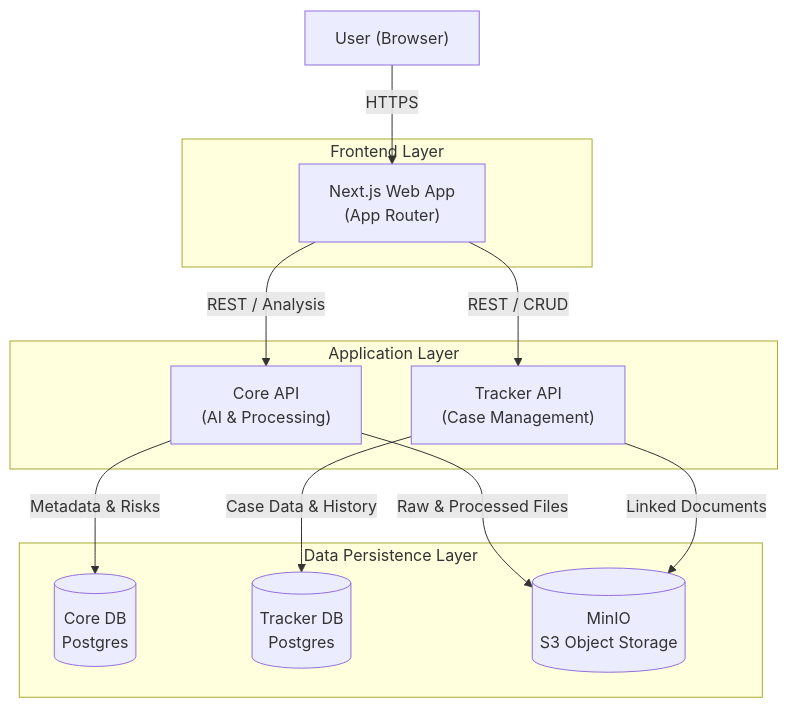
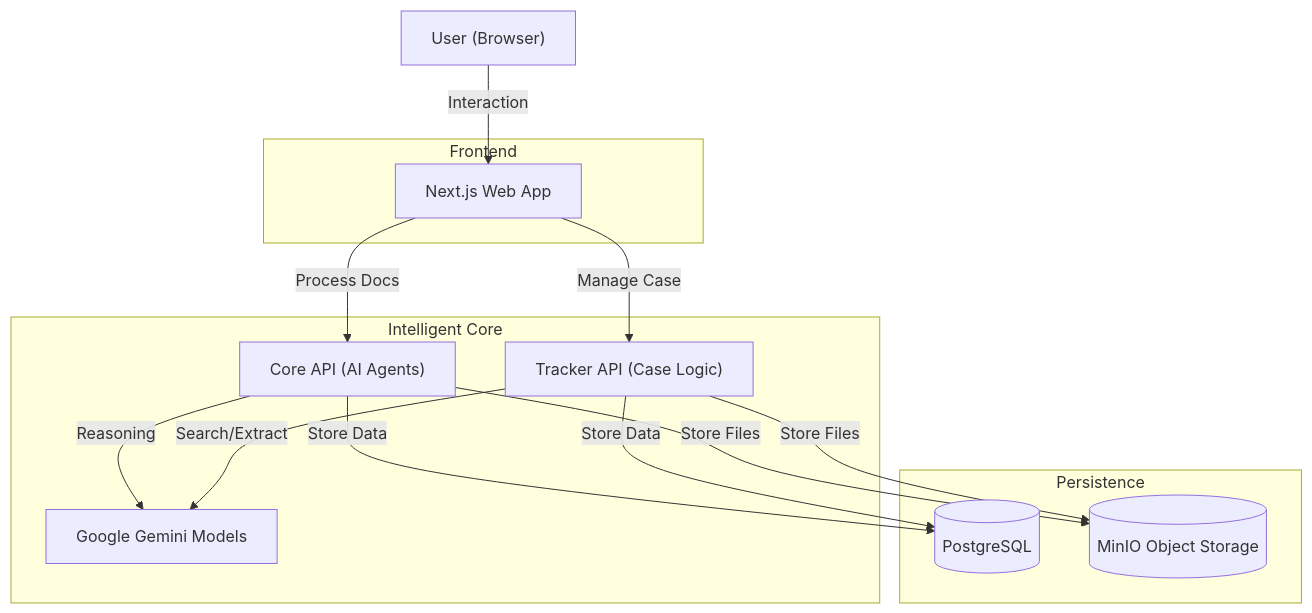
Before and after one commit to samalpartha/LifeBridge: the diagram in README.md, drawn with Mermaid. The commit also changed other lines of this file and 30 other files, not shown here.

Commit message:
feat: Add Attorney Search (AI-powered), History Deletion, and enhanced README for VisaVerse Hackathon

````diff
--- a/README.md
+++ b/README.md
@@ -37,29 +73,29 @@
 ```mermaid
 graph TD
     User["User (Browser)"]
     
-    subgraph "Frontend Layer"
-        NextJS["Next.js Web App<br/>(App Router)"]
+    subgraph "Frontend"
+        NextJS["Next.js Web App"]
     end
     
-    subgraph "Application Layer"
-        CoreAPI["Core API<br/>(AI & Processing)"]
-        TrackerAPI["Tracker API<br/>(Case Management)"]
+    subgraph "Intelligent Core"
+        CoreAPI["Core API (AI Agents)"]
+        TrackerAPI["Tracker API (Case Logic)"]
+        Gemini["Google Gemini Models"]
     end
     
-    subgraph "Data Persistence Layer"
-        CoreDB[("Core DB<br/>Postgres")]
-        TrackerDB[("Tracker DB<br/>Postgres")]
-        ObjectStore[("MinIO<br/>S3 Object Storage")]
+    subgraph "Persistence"
+        DB[("PostgreSQL")]
+        S3[("MinIO Object Storage")]
     end
 
-    User -->|HTTPS| NextJS
-    NextJS -->|REST / Analysis| CoreAPI
-    NextJS -->|REST / CRUD| TrackerAPI
+    User -->|Interaction| NextJS
+    NextJS -->|Process Docs| CoreAPI
+    NextJS -->|Manage Case| TrackerAPI
     
-    CoreAPI -->|Metadata & Risks| CoreDB
-    CoreAPI -->|Raw & Processed Files| ObjectStore
+    CoreAPI -->|Reasoning| Gemini
+    TrackerAPI -->|Search/Extract| Gemini
     
-    TrackerAPI -->|Case Data & History| TrackerDB
-    TrackerAPI -->|Linked Documents| ObjectStore
+    CoreAPI & TrackerAPI -->|Store Data| DB
+    CoreAPI & TrackerAPI -->|Store Files| S3
 ```
````
